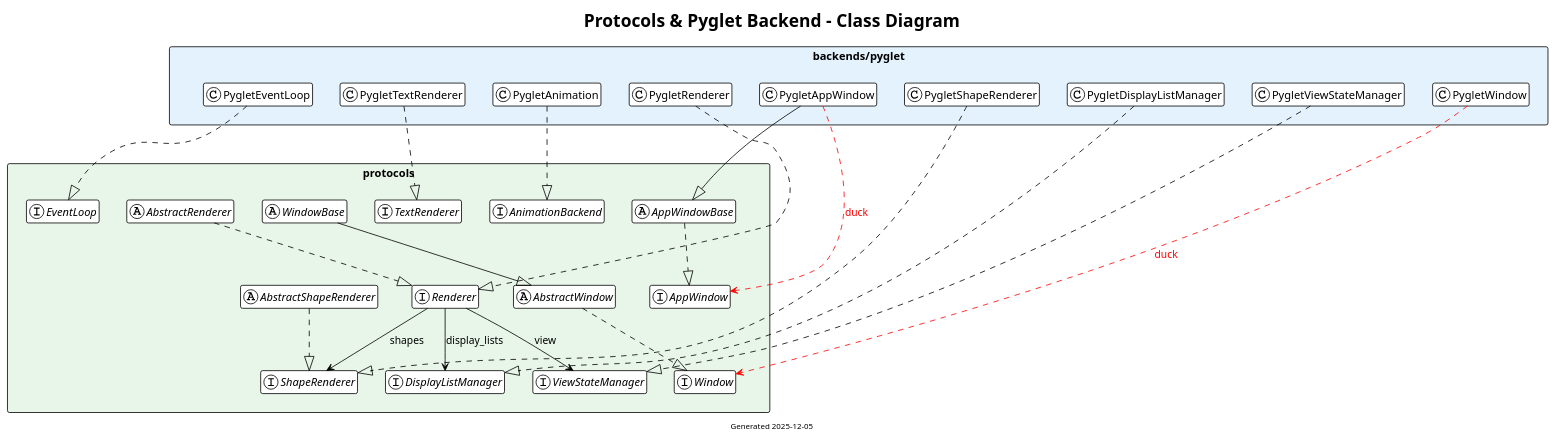
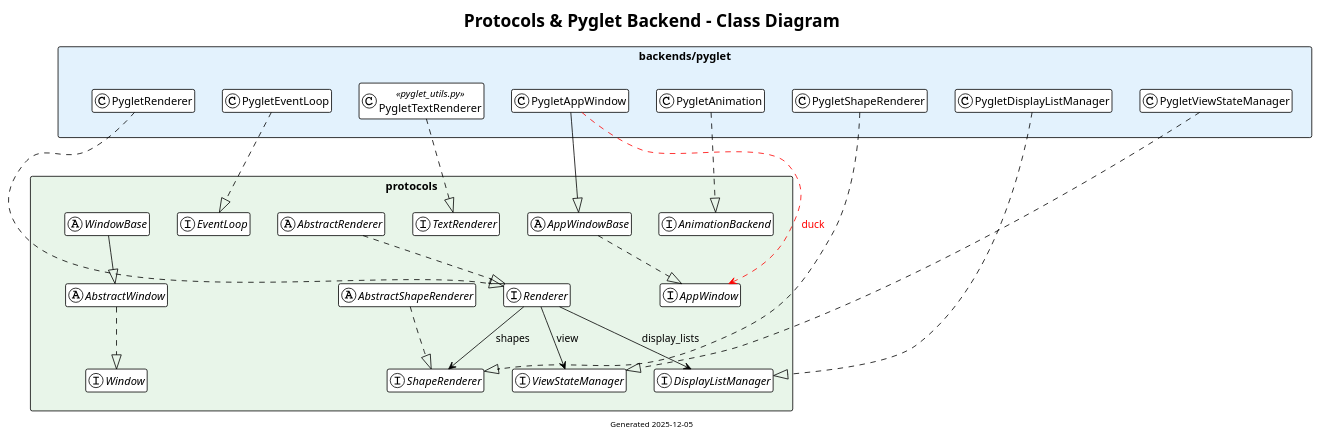
Before and after one commit to boaznahum/cubesolve: the diagram in docs/design/protocols_pyglet.puml, drawn with PlantUML. The commit also changed 17 other files, not shown here.

First line of the commit message:
Remove unused PygletWindow classes, clean up window_factory

```diff
--- a/docs/design/protocols_pyglet.puml
+++ b/docs/design/protocols_pyglet.puml
@@ -1,83 +1,81 @@
 @startuml protocols_pyglet
 !theme plain
 skinparam classAttributeIconSize 0
 hide members
 
 title Protocols & Pyglet Backend - Class Diagram
 footer Generated 2025-12-05
 
 ' ============================================
 ' PROTOCOLS (Interfaces) - TOP
 ' ============================================
 package "protocols" as P <<Rectangle>> #E8F5E9 {
     interface Renderer
     interface ShapeRenderer
     interface DisplayListManager
     interface ViewStateManager
     interface EventLoop
     interface AppWindow
     interface AnimationBackend
     interface TextRenderer
     interface Window
 
     ' Abstract base classes (no-op defaults)
     abstract class AbstractRenderer
     abstract class AbstractShapeRenderer
     abstract class AbstractWindow
 
     ' Base classes (real shared implementation)
     abstract class AppWindowBase
     abstract class WindowBase
 
     ' Protocol relationships
     Renderer --> ShapeRenderer : shapes
     Renderer --> DisplayListManager : display_lists
     Renderer --> ViewStateManager : view
 
     AbstractRenderer ..|> Renderer
     AbstractShapeRenderer ..|> ShapeRenderer
     AbstractWindow ..|> Window
     AppWindowBase ..|> AppWindow
     WindowBase --|> AbstractWindow
 }
 
 ' ============================================
 ' PYGLET BACKEND (Legacy OpenGL)
 ' ============================================
 package "backends/pyglet" as B <<Rectangle>> #E3F2FD {
     class PygletRenderer
     class PygletShapeRenderer
     class PygletDisplayListManager
     class PygletViewStateManager
     class PygletEventLoop
     class PygletAppWindow
-    class PygletWindow
-    class PygletTextRenderer
+    class PygletTextRenderer <<pyglet_utils.py>>
     class PygletAnimation
 }
 
 ' Force protocols package above pyglet package
 P -[hidden]down- B
 
 ' ============================================
 ' PROPER PROTOCOL IMPLEMENTATIONS (normal dashed line)
 ' ============================================
 PygletRenderer ..|> Renderer
 PygletShapeRenderer ..|> ShapeRenderer
 PygletDisplayListManager ..|> DisplayListManager
 PygletViewStateManager ..|> ViewStateManager
 PygletEventLoop ..|> EventLoop
 PygletAnimation ..|> AnimationBackend
 PygletTextRenderer ..|> TextRenderer
 
 ' PygletAppWindow inherits from AppWindowBase
 PygletAppWindow --|> AppWindowBase
 
 ' ============================================
 ' DUCK TYPING - implements protocol but doesn't inherit (bold red)
 ' (metaclass conflict with pyglet.window.Window)
 ' ============================================
 PygletAppWindow .[#FF0000,bold,dashed].> AppWindow : <color:red>duck
-PygletWindow .[#FF0000,bold,dashed].> Window : <color:red>duck
 
 @enduml
```
